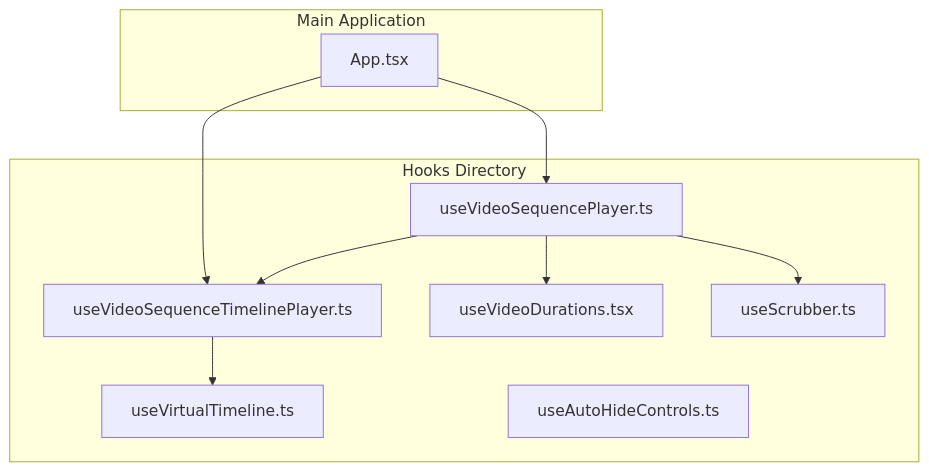
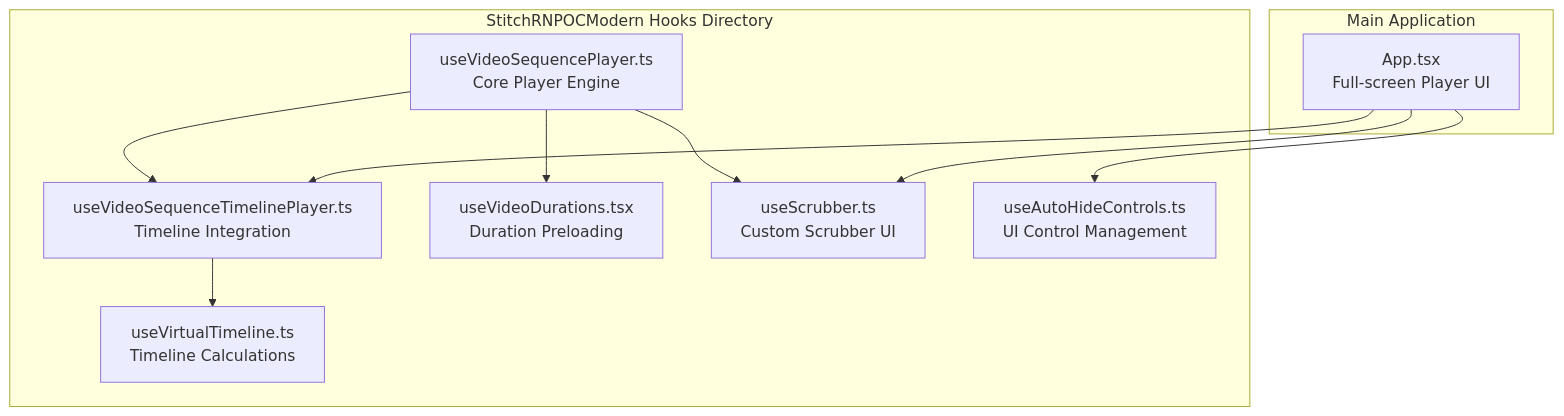
One commit to 156258852/video-rn changed the first of 7 diagrams in .qoder/repowiki/en/content/State Management/Video Sequence State Management.md. Above: the diagram before and after it, drawn with Mermaid. The commit also changed other lines of this file and 5 other files, not shown here.

````diff
--- a/.qoder/repowiki/en/content/State Management/Video Sequence State Management.md
+++ b/.qoder/repowiki/en/content/State Management/Video Sequence State Management.md
@@ -32,20 +45,21 @@
 ```mermaid
 graph TB
-subgraph "Hooks Directory"
-VSP[useVideoSequencePlayer.ts]
-VTSP[useVideoSequenceTimelinePlayer.ts]
-VD[useVideoDurations.tsx]
-SCRUB[useScrubber.ts]
-VTL[useVirtualTimeline.ts]
-AHC[useAutoHideControls.ts]
+subgraph "StitchRNPOCModern Hooks Directory"
+VSP[useVideoSequencePlayer.ts<br/>Core Player Engine]
+VTSP[useVideoSequenceTimelinePlayer.ts<br/>Timeline Integration]
+VD[useVideoDurations.tsx<br/>Duration Preloading]
+SCRUB[useScrubber.ts<br/>Custom Scrubber UI]
+VTL[useVirtualTimeline.ts<br/>Timeline Calculations]
+AHC[useAutoHideControls.ts<br/>UI Control Management]
 end
 subgraph "Main Application"
-APP[App.tsx]
+APP[App.tsx<br/>Full-screen Player UI]
 end
 VSP --> VTSP
 VSP --> VD
 VSP --> SCRUB
 VTSP --> VTL
-APP --> VSP
 APP --> VTSP
+APP --> SCRUB
+APP --> AHC
 ```
````
